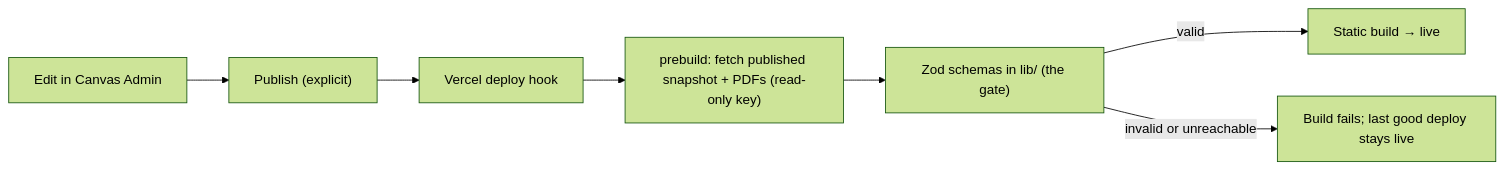
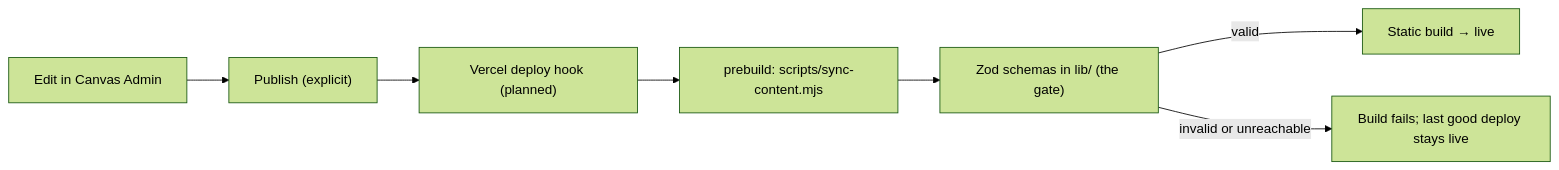
Before and after one commit to camerongamble36/software-dev-portfolio: the diagram in docs/content-source.md, drawn with Mermaid (forest theme). The commit also changed other lines of this file and 16 other files, not shown here.

````diff
--- a/docs/content-source.md
+++ b/docs/content-source.md
@@ -9,9 +11,9 @@
 ```mermaid
 flowchart LR
   EDIT["Edit in Canvas Admin"] --> PUBLISH["Publish (explicit)"]
-  PUBLISH --> HOOK["Vercel deploy hook"]
-  HOOK --> SYNC["prebuild: fetch published snapshot + PDFs (read-only key)"]
+  PUBLISH --> HOOK["Vercel deploy hook (planned)"]
+  HOOK --> SYNC["prebuild: scripts/sync-content.mjs"]
   SYNC --> GATE["Zod schemas in lib/ (the gate)"]
   GATE -- valid --> BUILD["Static build → live"]
   GATE -- invalid or unreachable --> FAIL["Build fails; last good deploy stays live"]
 ```
````
